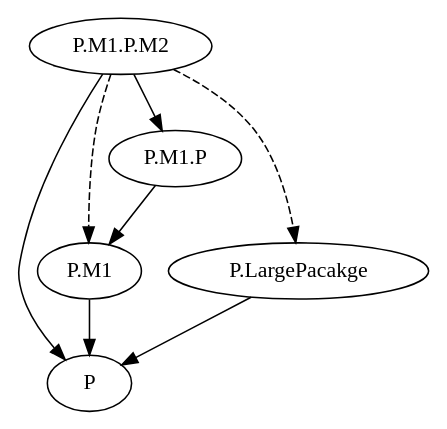
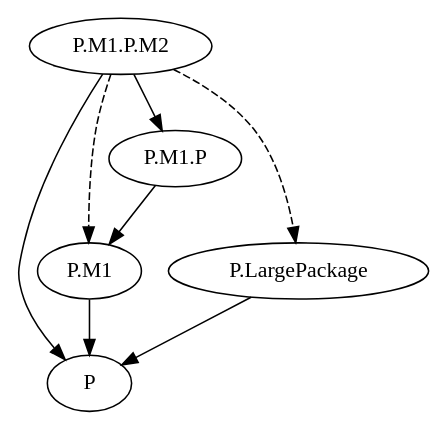
One commit to ErikHedblom/Master-Thesis changed the diagram in Dot/Rule5.dot. Above: the diagram before and after it, drawn with Graphviz. The commit also changed 1 other file, not shown here.

```diff
--- a/Dot/Rule5.dot
+++ b/Dot/Rule5.dot
@@ -1,10 +1,10 @@
 digraph DependencyGraph {
 	"P"
 	"P.M1" ->"P"
 	"P.M1.P" -> "P.M1"
 	"P.M1.P.M2" -> "P"
 	"P.M1.P.M2" -> "P.M1.P"
 	"P.M1.P.M2" -> "P.M1" [style="dashed"]
-	"P.M1.P.M2" -> "P.LargePacakge" [style="dashed"]
-	"P.LargePacakge" -> "P"
+	"P.M1.P.M2" -> "P.LargePackage" [style="dashed"]
+	"P.LargePackage" -> "P"
 }
```
